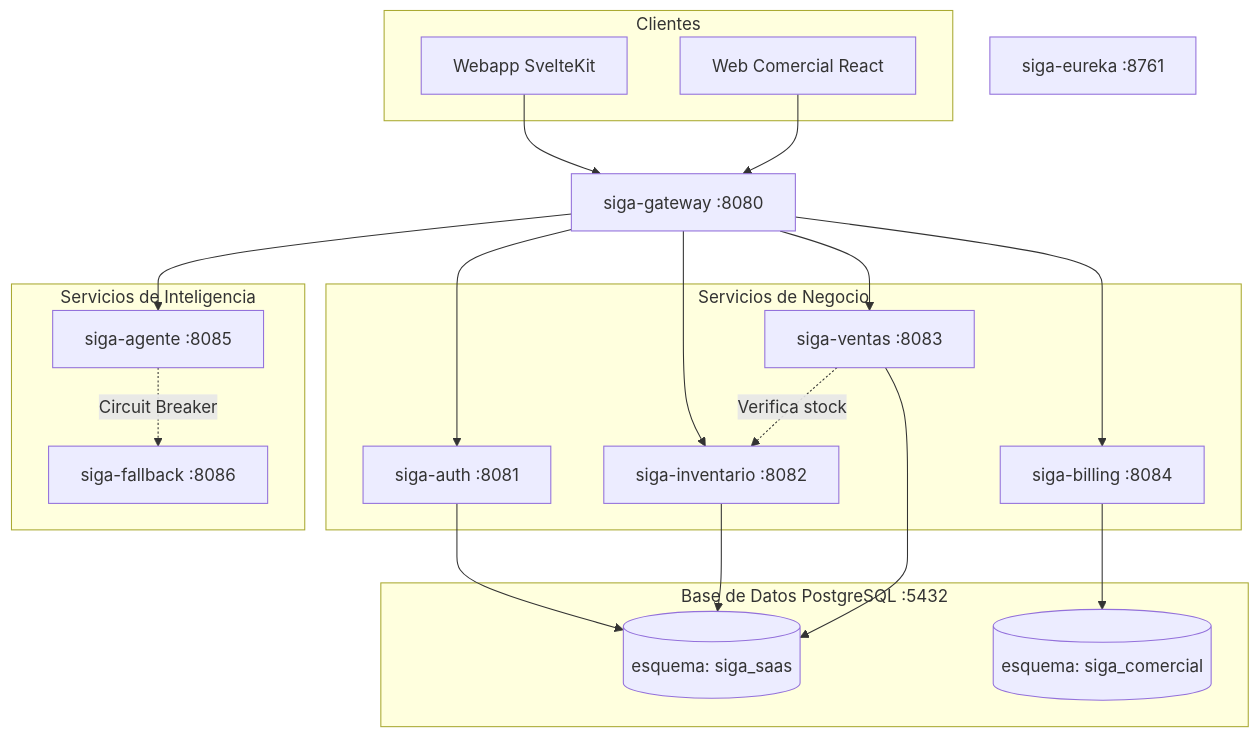
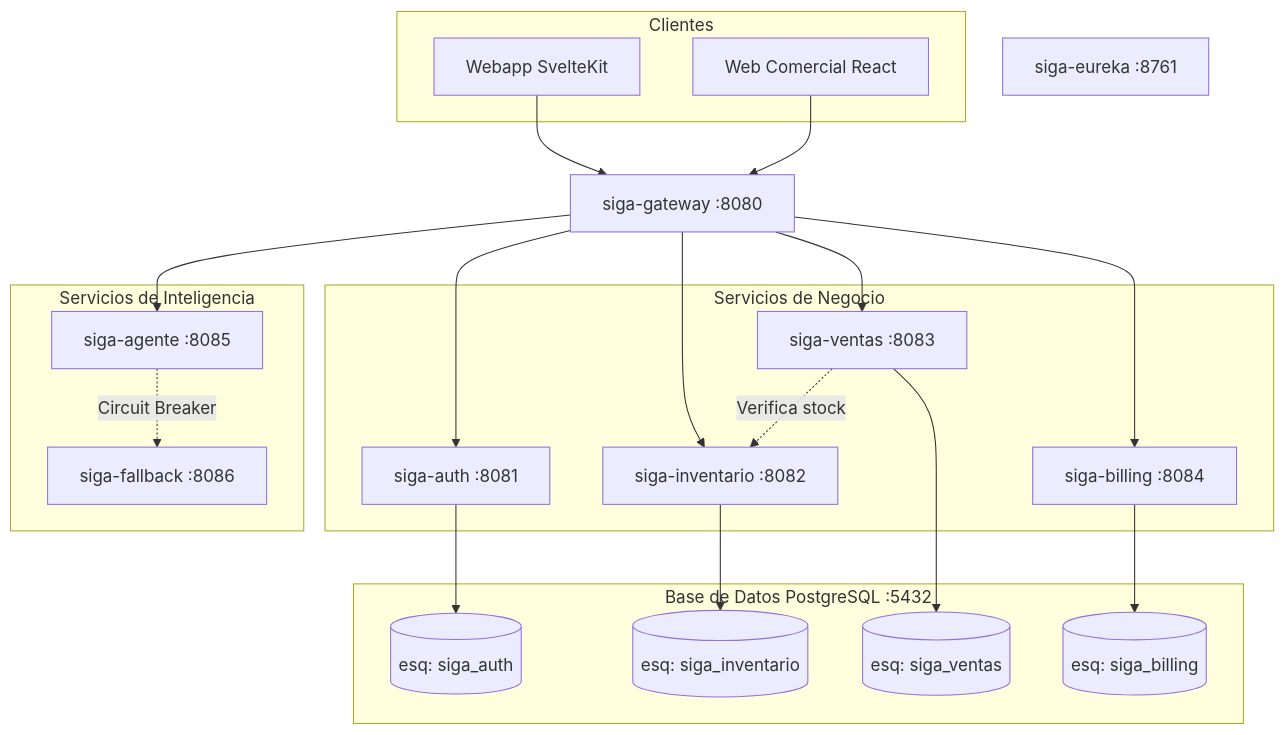
The first of 7 diagrams in openspec/changes/migracion-microservicios/architecture-diagrams.md (HecAguilaV/SIGA), drawn with Mermaid before and after one commit. The commit also changed other lines of this file, not shown here.

Commit message:
docs: actualizar diagramas reflejando los 4 esquemas (auth, inventario, ventas, billing)

````diff
--- a/openspec/changes/migracion-microservicios/architecture-diagrams.md
+++ b/openspec/changes/migracion-microservicios/architecture-diagrams.md
@@ -10,42 +10,44 @@
 ```mermaid
 graph TD
     subgraph Clientes
         W1["Webapp SvelteKit"]
         W2["Web Comercial React"]
     end
 
     GW["siga-gateway :8080"]
 
     subgraph Negocio["Servicios de Negocio"]
         AU["siga-auth :8081"]
         IN["siga-inventario :8082"]
         VE["siga-ventas :8083"]
         BI["siga-billing :8084"]
     end
 
     subgraph IA["Servicios de Inteligencia"]
         AG["siga-agente :8085"]
         FB["siga-fallback :8086"]
     end
 
     subgraph DB["Base de Datos PostgreSQL :5432"]
-        DB_SAAS[("esquema: siga_saas")]
-        DB_COMERCIAL[("esquema: siga_comercial")]
+        SCH_AU[("esq: siga_auth")]
+        SCH_IN[("esq: siga_inventario")]
+        SCH_VE[("esq: siga_ventas")]
+        SCH_BI[("esq: siga_billing")]
     end
     
     EU["siga-eureka :8761"]
 
     W1 --> GW
     W2 --> GW
     GW --> AU
     GW --> IN
     GW --> VE
     GW --> BI
     GW --> AG
     AG -.->|Circuit Breaker| FB
     VE -.->|Verifica stock| IN
-    AU --> DB_SAAS
-    IN --> DB_SAAS
-    VE --> DB_SAAS
-    BI --> DB_COMERCIAL
+    AU --> SCH_AU
+    IN --> SCH_IN
+    VE --> SCH_VE
+    BI --> SCH_BI
 ```
````
